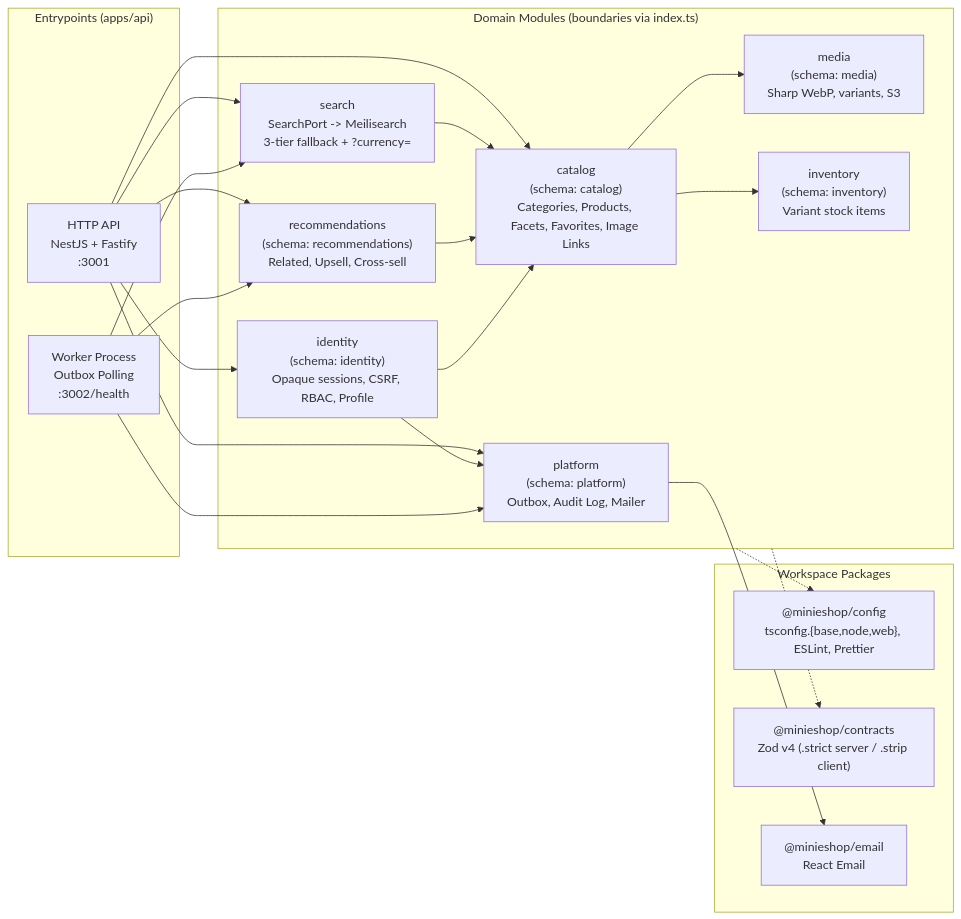
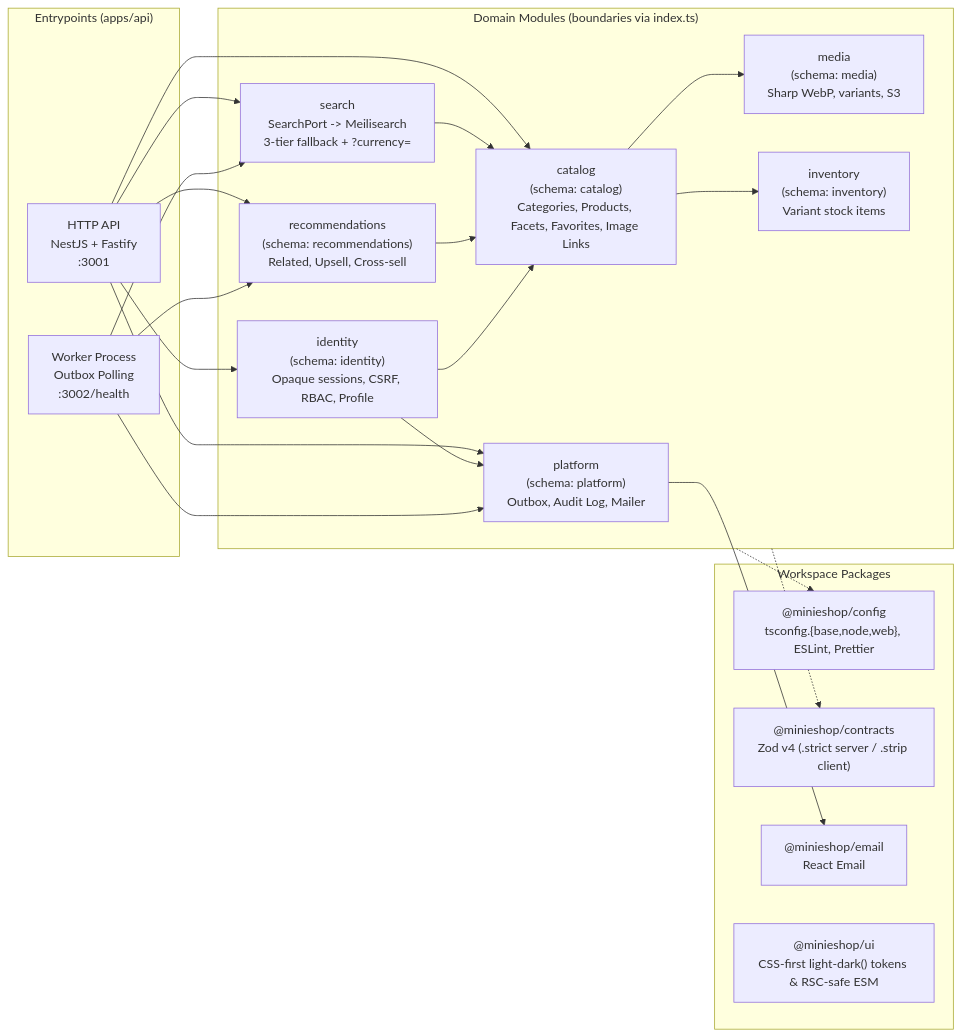
The first of 3 diagrams in docs/architecture.md (Luiquecruz/minie-shop), drawn with Mermaid before and after one commit. The commit also changed other lines of this file and 37 other files, not shown here.

First line of the commit message:
feat(ui): scaffold @minieshop/ui package foundation, CSS-first tokens, and ADR-0025 (#14)

````diff
--- a/docs/architecture.md
+++ b/docs/architecture.md
@@ -11,41 +11,42 @@
 ```mermaid
 flowchart LR
   subgraph Entrypoints["Entrypoints (apps/api)"]
     HTTP["HTTP API\nNestJS + Fastify\n:3001"]
     WORKER["Worker Process\nOutbox Polling\n:3002/health"]
   end
 
   subgraph Modules["Domain Modules (boundaries via index.ts)"]
     CAT["catalog\n(schema: catalog)\nCategories, Products, Facets, Favorites, Image Links"]
     MED["media\n(schema: media)\nSharp WebP, variants, S3"]
     INV["inventory\n(schema: inventory)\nVariant stock items"]
     SRC["search\nSearchPort -> Meilisearch\n3-tier fallback + ?currency="]
     REC["recommendations\n(schema: recommendations)\nRelated, Upsell, Cross-sell"]
     IDN["identity\n(schema: identity)\nOpaque sessions, CSRF, RBAC, Profile"]
     PLT["platform\n(schema: platform)\nOutbox, Audit Log, Mailer"]
   end
 
   subgraph Shared["Workspace Packages"]
     CFG["@minieshop/config\ntsconfig.{base,node,web}, ESLint, Prettier"]
     CTR["@minieshop/contracts\nZod v4 (.strict server / .strip client)"]
     EML["@minieshop/email\nReact Email"]
+    UI["@minieshop/ui\nCSS-first light-dark() tokens & RSC-safe ESM"]
   end
 
   HTTP --> CAT
   HTTP --> SRC
   HTTP --> REC
   HTTP --> IDN
   HTTP --> PLT
   CAT --> MED
   CAT --> INV
   SRC --> CAT
   REC --> CAT
   IDN --> CAT
   IDN --> PLT
   WORKER --> PLT
   WORKER --> SRC
   WORKER --> REC
   PLT --> EML
   Modules -.-> CTR
   Modules -.-> CFG
 ```
````
